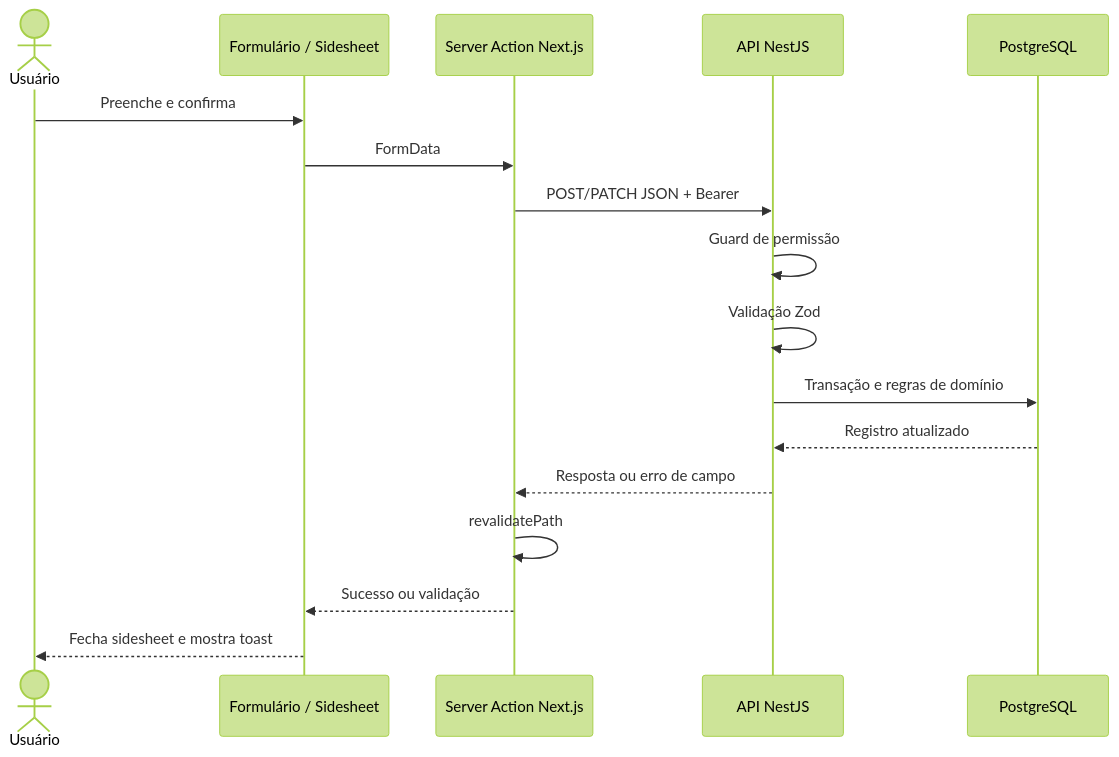
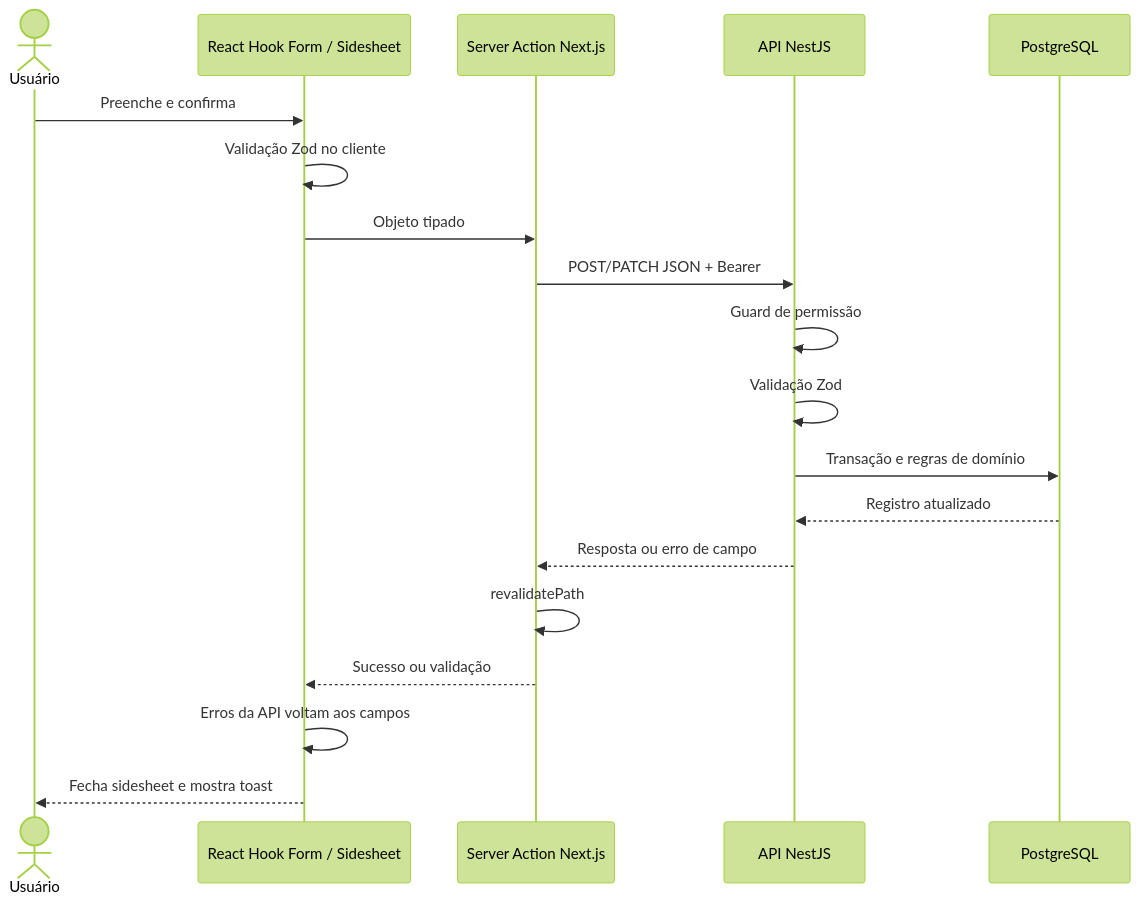
The seventh of 8 diagrams in docs/arquitetura-sistema.md (internacionalizacao-create/gerenciador-propesp-2), drawn with Mermaid (forest theme) before and after one commit. The commit also changed other lines of this file and 56 other files, not shown here.

````diff
--- a/docs/arquitetura-sistema.md
+++ b/docs/arquitetura-sistema.md
@@ -275,20 +275,22 @@
 ```mermaid
 sequenceDiagram
     actor U as Usuário
-    participant F as Formulário / Sidesheet
+    participant F as React Hook Form / Sidesheet
     participant S as Server Action Next.js
     participant A as API NestJS
     participant D as PostgreSQL
 
     U->>F: Preenche e confirma
-    F->>S: FormData
+    F->>F: Validação Zod no cliente
+    F->>S: Objeto tipado
     S->>A: POST/PATCH JSON + Bearer
     A->>A: Guard de permissão
     A->>A: Validação Zod
     A->>D: Transação e regras de domínio
     D-->>A: Registro atualizado
     A-->>S: Resposta ou erro de campo
     S->>S: revalidatePath
     S-->>F: Sucesso ou validação
+    F->>F: Erros da API voltam aos campos
     F-->>U: Fecha sidesheet e mostra toast
 ```
````
